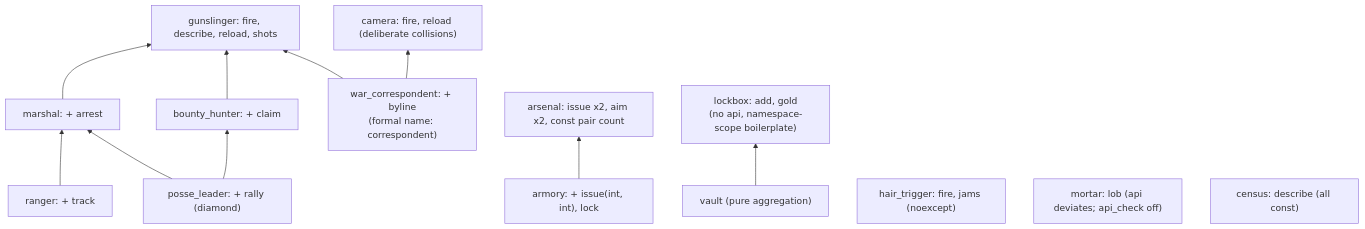
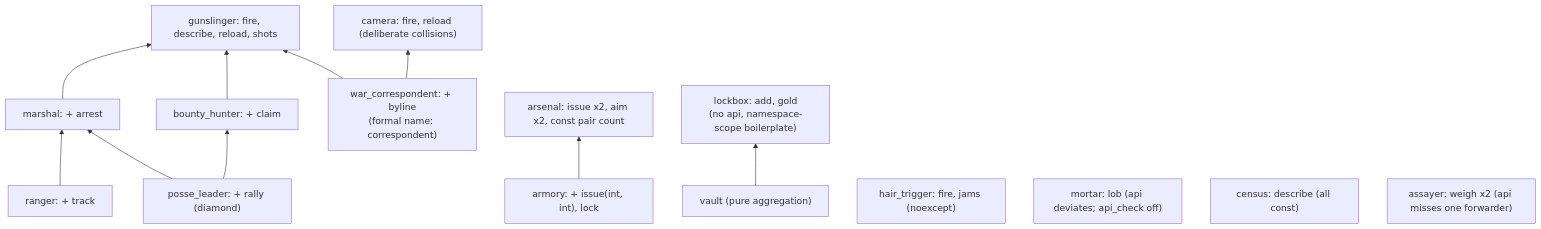
Before and after one commit to stevensudit/Corvid: the fourth of 5 diagrams in corvid/meta/proxy.md, drawn with Mermaid. The commit also changed other lines of this file and 2 other files, not shown here.

````diff
--- a/corvid/meta/proxy.md
+++ b/corvid/meta/proxy.md
@@ -1426,19 +1479,20 @@
 ```mermaid
 flowchart BT
     gunslinger["gunslinger: fire, describe, reload, shots"]
     camera["camera: fire, reload (deliberate collisions)"]
     marshal["marshal: + arrest"] --> gunslinger
     bounty_hunter["bounty_hunter: + claim"] --> gunslinger
     ranger["ranger: + track"] --> marshal
     posse_leader["posse_leader: + rally (diamond)"] --> marshal
     posse_leader --> bounty_hunter
     war_correspondent["war_correspondent: + byline<br>(formal name: correspondent)"] --> gunslinger
     war_correspondent --> camera
     arsenal["arsenal: issue x2, aim x2, const pair count"]
     armory["armory: + issue(int, int), lock"] --> arsenal
     lockbox["lockbox: add, gold<br>(no api, namespace-scope boilerplate)"]
     vault["vault (pure aggregation)"] --> lockbox
     hair_trigger["hair_trigger: fire, jams (noexcept)"]
     mortar["mortar: lob (api deviates; api_check off)"]
     census["census: describe (all const)"]
+    assayer["assayer: weigh x2 (api misses one forwarder)"]
 ```
````
